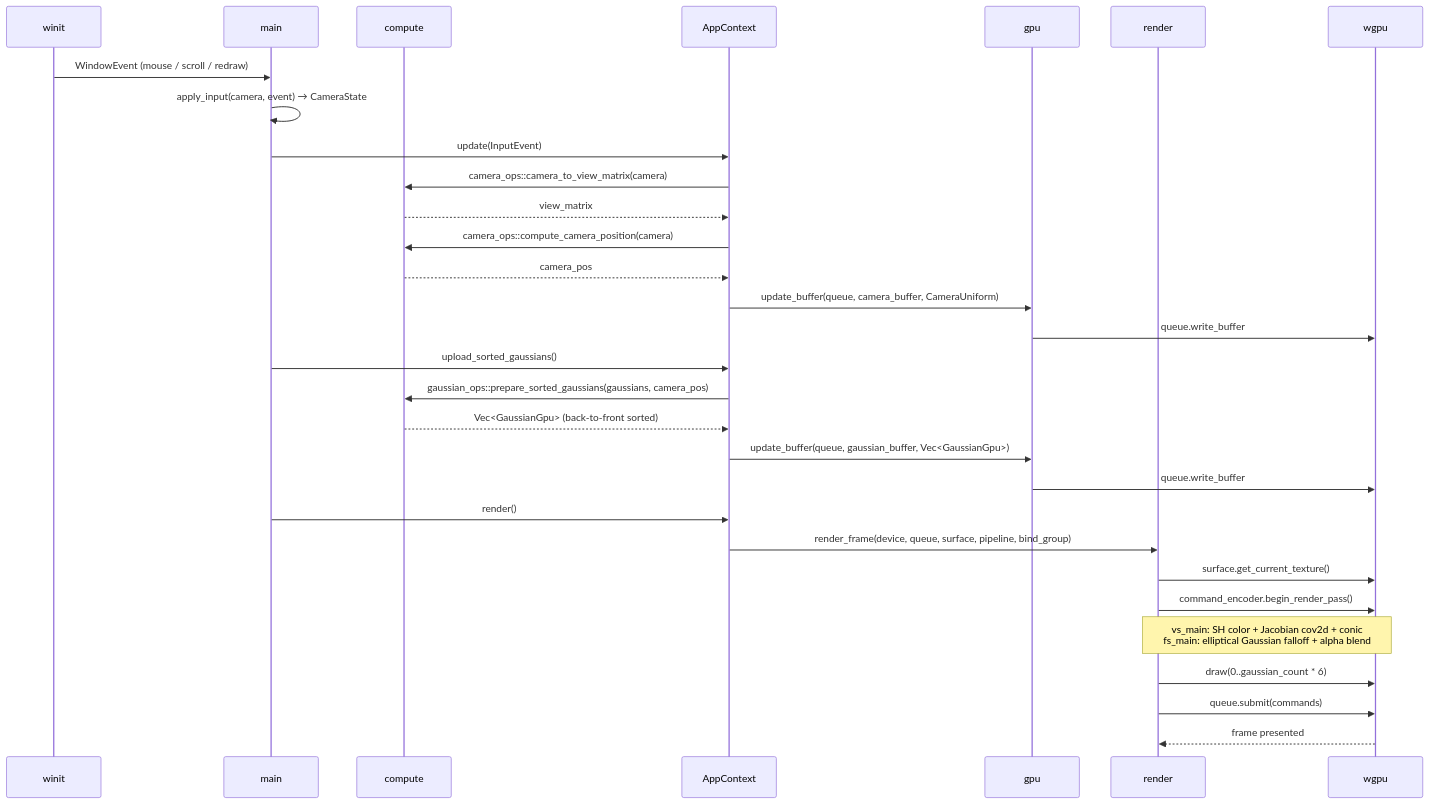
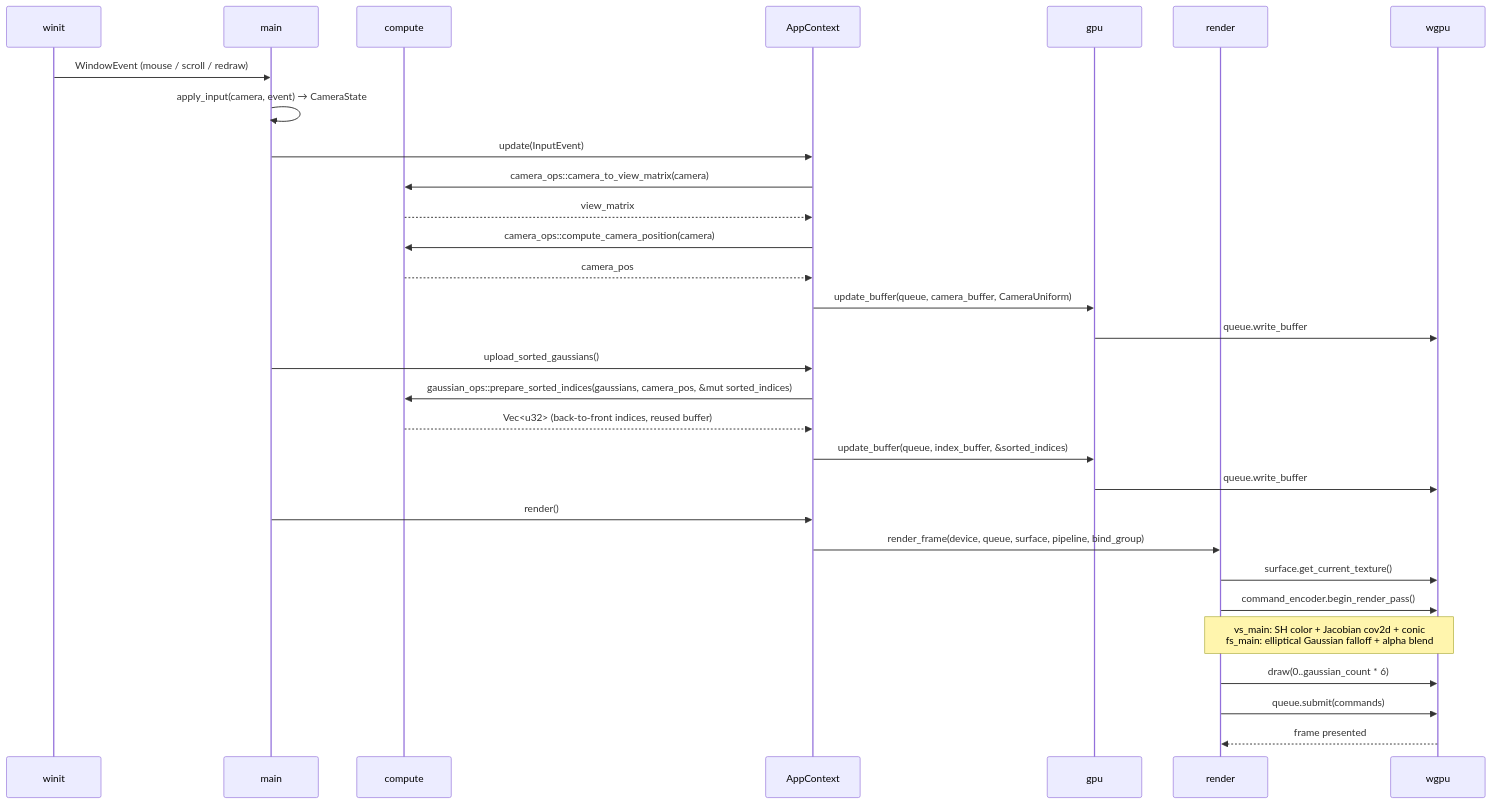
One commit to y30n9ju1v/rust-wgpu-based-functional-3dgs-viewer changed the second of 2 diagrams in README.md. Above: the diagram before and after it, drawn with Mermaid.

Commit message:
Fix per-frame sequence diagram to match actual implementation

````diff
--- a/README.md
+++ b/README.md
@@ -81,36 +81,36 @@
 ```mermaid
 sequenceDiagram
     participant winit
     participant main
     participant compute
     participant AppContext
     participant gpu
     participant render
     participant wgpu
 
     winit->>main: WindowEvent (mouse / scroll / redraw)
     main->>main: apply_input(camera, event) → CameraState
 
     main->>AppContext: update(InputEvent)
     AppContext->>compute: camera_ops::camera_to_view_matrix(camera)
     compute-->>AppContext: view_matrix
     AppContext->>compute: camera_ops::compute_camera_position(camera)
     compute-->>AppContext: camera_pos
     AppContext->>gpu: update_buffer(queue, camera_buffer, CameraUniform)
     gpu->>wgpu: queue.write_buffer
 
     main->>AppContext: upload_sorted_gaussians()
-    AppContext->>compute: gaussian_ops::prepare_sorted_gaussians(gaussians, camera_pos)
-    compute-->>AppContext: Vec<GaussianGpu> (back-to-front sorted)
-    AppContext->>gpu: update_buffer(queue, gaussian_buffer, Vec<GaussianGpu>)
+    AppContext->>compute: gaussian_ops::prepare_sorted_indices(gaussians, camera_pos, &mut sorted_indices)
+    compute-->>AppContext: Vec<u32> (back-to-front indices, reused buffer)
+    AppContext->>gpu: update_buffer(queue, index_buffer, &sorted_indices)
     gpu->>wgpu: queue.write_buffer
 
     main->>AppContext: render()
     AppContext->>render: render_frame(device, queue, surface, pipeline, bind_group)
     render->>wgpu: surface.get_current_texture()
     render->>wgpu: command_encoder.begin_render_pass()
     Note over render,wgpu: vs_main: SH color + Jacobian cov2d + conic<br/>fs_main: elliptical Gaussian falloff + alpha blend
     render->>wgpu: draw(0..gaussian_count * 6)
     render->>wgpu: queue.submit(commands)
     wgpu-->>render: frame presented
 ```
````
